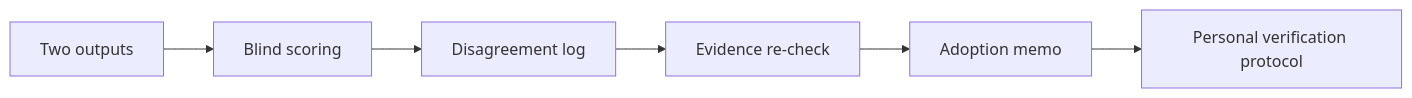
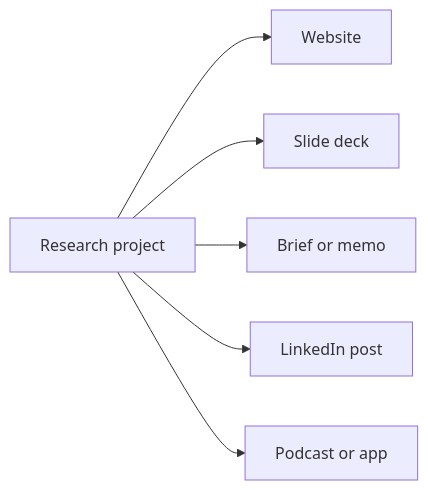
Before and after one commit to finnoh/ws_genai_eb: the fourth of 4 diagrams in slides/blocks/day2/day2_block6.qmd, drawn with Mermaid. The commit also changed other lines of this file and 6 other files, not shown here.

````diff
--- a/slides/blocks/day2/day2_block6.qmd
+++ b/slides/blocks/day2/day2_block6.qmd
@@ -23,8 +124,8 @@
 ```{mermaid}
 flowchart LR
-  A[Two outputs] --> B[Blind scoring]
-  B --> C[Disagreement log]
-  C --> D[Evidence re-check]
-  D --> E[Adoption memo]
-  E --> F[Personal verification protocol]
+  P[Research project] --> W[Website]
+  P --> S[Slide deck]
+  P --> B[Brief or memo]
+  P --> L[LinkedIn post]
+  P --> O[Podcast or app]
 ```
````
